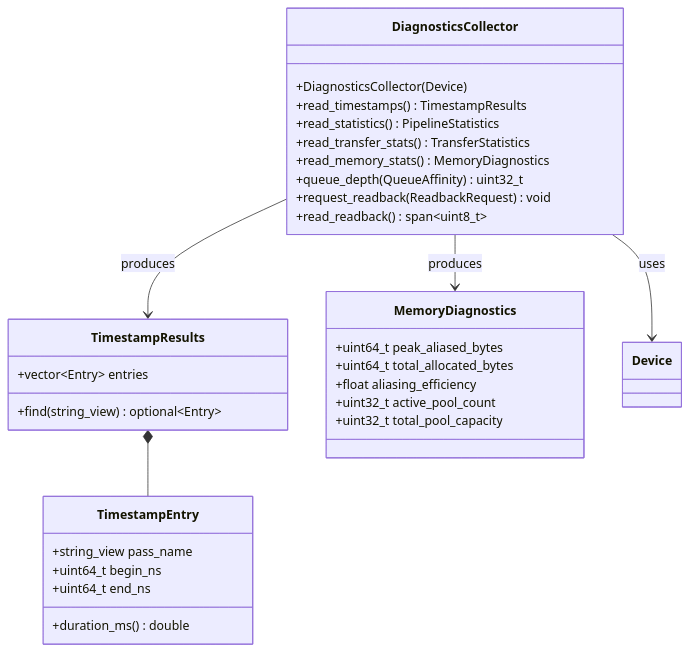
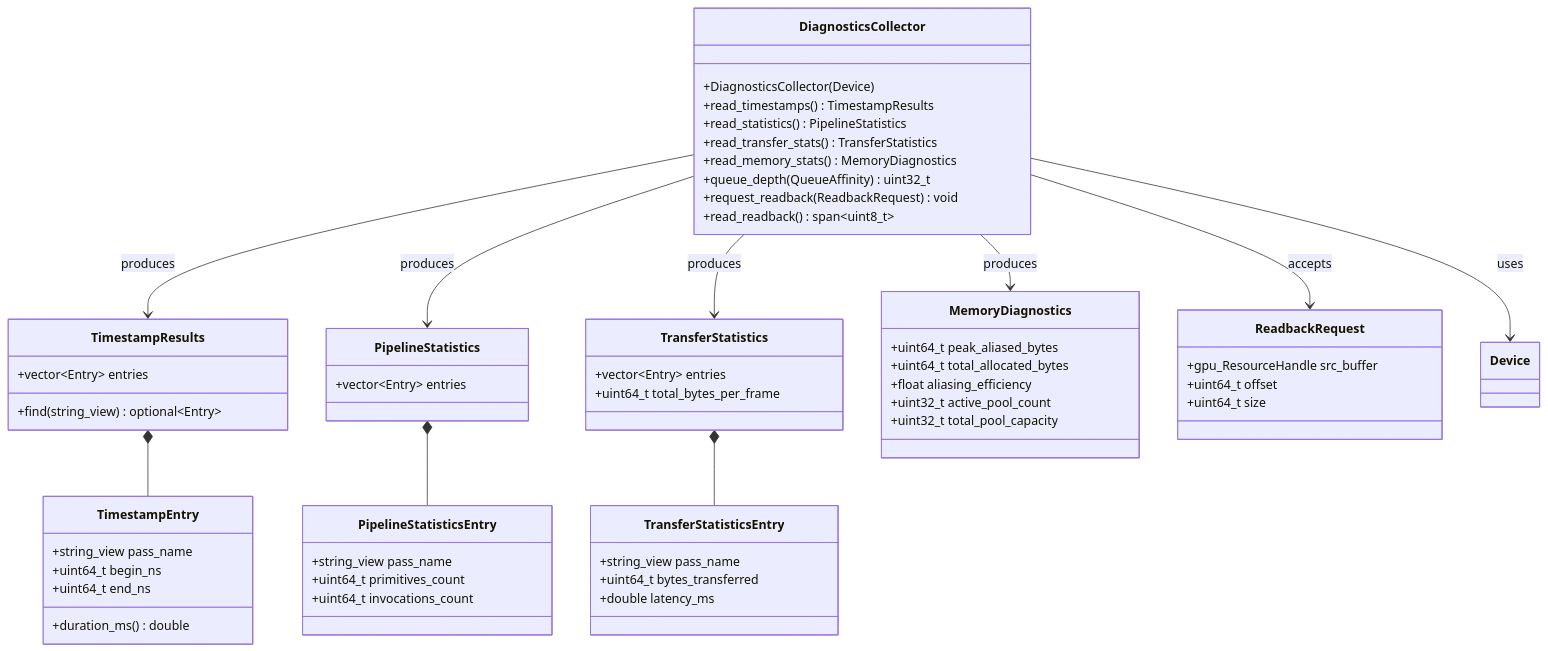
One commit to harmonius-dev/harmonius changed the eighth of 15 diagrams in docs/design/render-graph-classes.md. Above: the diagram before and after it, drawn with Mermaid. The commit also changed other lines of this file and 26 other files, not shown here.

Commit message:
Add class diagrams and update CMake config

````diff
--- a/docs/design/render-graph-classes.md
+++ b/docs/design/render-graph-classes.md
@@ -483,35 +637,62 @@
 ```mermaid
 classDiagram
     class DiagnosticsCollector {
         +DiagnosticsCollector(Device)
         +read_timestamps() TimestampResults
         +read_statistics() PipelineStatistics
         +read_transfer_stats() TransferStatistics
         +read_memory_stats() MemoryDiagnostics
         +queue_depth(QueueAffinity) uint32_t
         +request_readback(ReadbackRequest) void
         +read_readback() span~uint8_t~
     }
     class TimestampResults {
         +vector~Entry~ entries
         +find(string_view) optional~Entry~
     }
     class TimestampEntry {
         +string_view pass_name
         +uint64_t begin_ns
         +uint64_t end_ns
         +duration_ms() double
     }
+    class PipelineStatistics {
+        +vector~Entry~ entries
+    }
+    class PipelineStatisticsEntry {
+        +string_view pass_name
+        +uint64_t primitives_count
+        +uint64_t invocations_count
+    }
+    class TransferStatistics {
+        +vector~Entry~ entries
+        +uint64_t total_bytes_per_frame
+    }
+    class TransferStatisticsEntry {
+        +string_view pass_name
+        +uint64_t bytes_transferred
+        +double latency_ms
+    }
     class MemoryDiagnostics {
         +uint64_t peak_aliased_bytes
         +uint64_t total_allocated_bytes
         +float aliasing_efficiency
         +uint32_t active_pool_count
         +uint32_t total_pool_capacity
     }
+    class ReadbackRequest {
+        +gpu_ResourceHandle src_buffer
+        +uint64_t offset
+        +uint64_t size
+    }
 
     DiagnosticsCollector --> TimestampResults : produces
+    DiagnosticsCollector --> PipelineStatistics : produces
+    DiagnosticsCollector --> TransferStatistics : produces
     DiagnosticsCollector --> MemoryDiagnostics : produces
+    DiagnosticsCollector --> ReadbackRequest : accepts
     DiagnosticsCollector --> Device : uses
     TimestampResults *-- TimestampEntry
+    PipelineStatistics *-- PipelineStatisticsEntry
+    TransferStatistics *-- TransferStatisticsEntry
 ```
````
